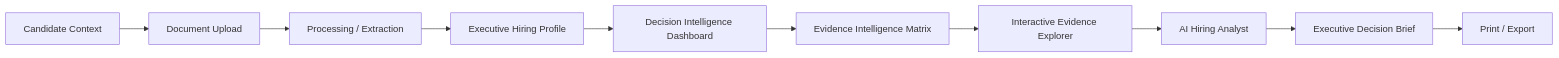
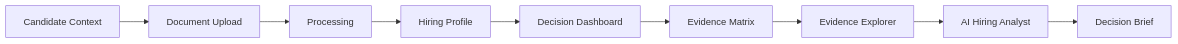
Before and after one commit to Rukhsar24081998/decisionready-ai: the diagram in CASE_STUDY.md, drawn with Mermaid. The commit also changed other lines of this file, not shown here.

Commit message:
docs: improve case study readability with executive summary

````diff
--- a/CASE_STUDY.md
+++ b/CASE_STUDY.md
@@ -208,12 +84,11 @@
 ```mermaid
 flowchart LR
     A[Candidate Context] --> B[Document Upload]
-    B --> C[Processing / Extraction]
-    C --> D[Executive Hiring Profile]
-    D --> E[Decision Intelligence Dashboard]
-    E --> F[Evidence Intelligence Matrix]
-    F --> G[Interactive Evidence Explorer]
+    B --> C[Processing]
+    C --> D[Hiring Profile]
+    D --> E[Decision Dashboard]
+    E --> F[Evidence Matrix]
+    F --> G[Evidence Explorer]
     G --> H[AI Hiring Analyst]
-    H --> I[Executive Decision Brief]
-    I --> J[Print / Export]
+    H --> I[Decision Brief]
 ```
````
